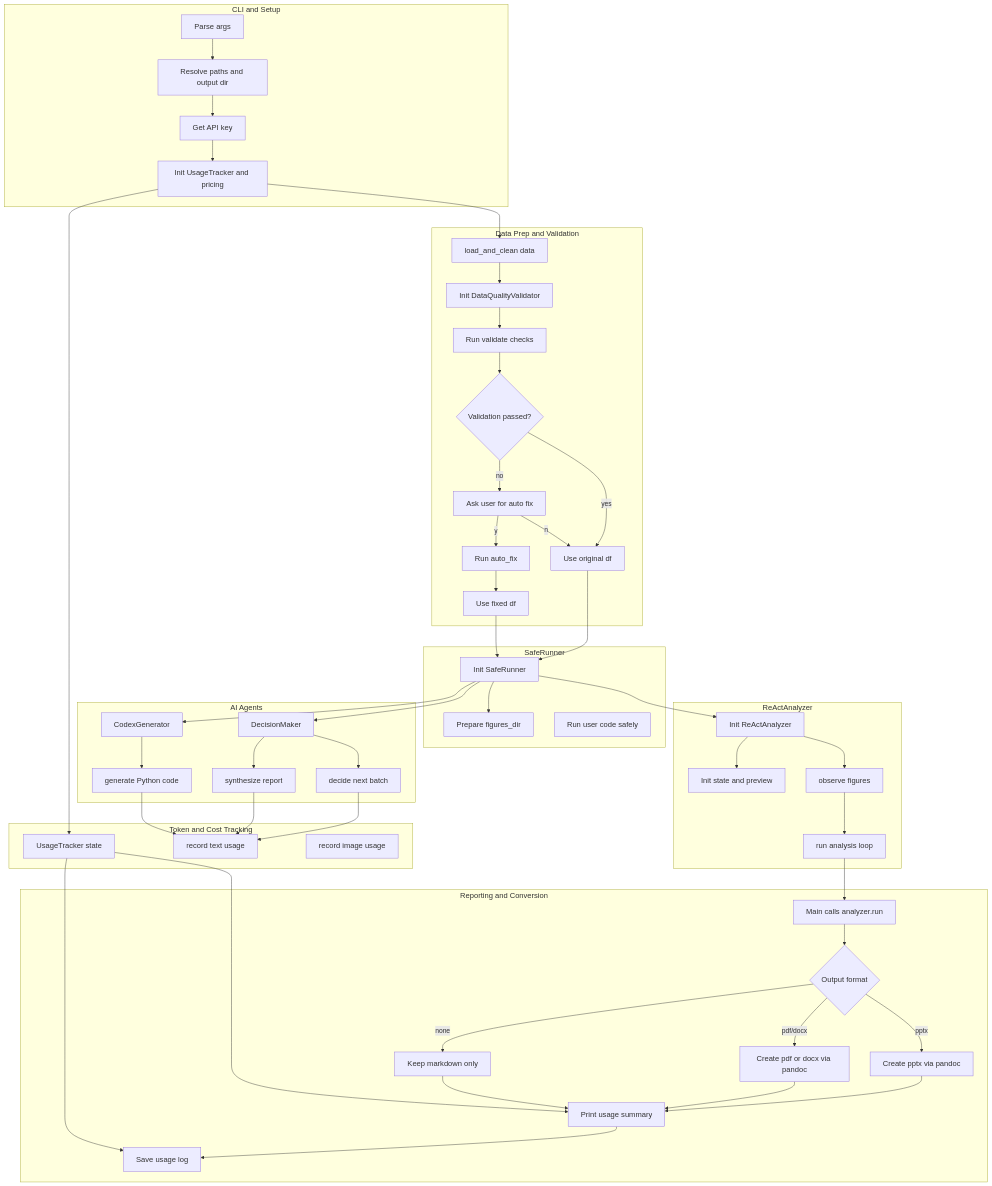
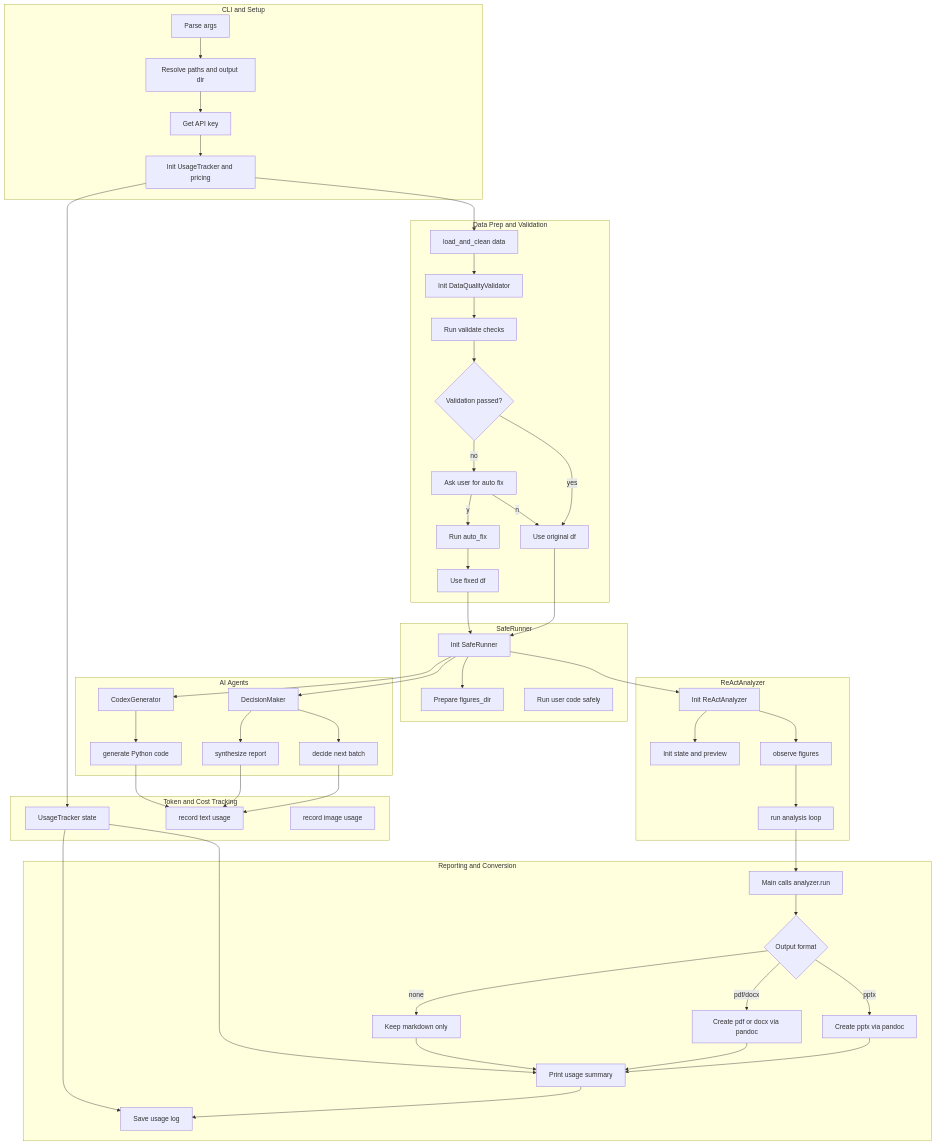
The first of 2 diagrams in README.md (arubio2/CleanCode), drawn with Mermaid before and after one commit. The commit also changed other lines of this file, not shown here.

````diff
--- a/README.md
+++ b/README.md
@@ -61,8 +125,5 @@
 ```mermaid
 flowchart TD
-  %% Make the whole diagram about 50% larger
-  classDef bigText font-size:18px;
-
   subgraph CLI["CLI and Setup"]
     A1[Parse args]
     A2[Resolve paths and output dir]
@@ -152,7 +213,4 @@
   E2 --> H2
   H1 --> G6
   H1 --> G7
-
-  %% Apply the larger font to everything
-  class CLI,DATA,SAFE,AGENTS,REACT,OUTPUT,TRACK,A1,A2,A3,A4,B1,B2,B3,B4,B5,B6,B7,B8,C1,C2,C3,D1,D2,D3,E1,E2,F1,F2,F3,F4,G1,G2,G3,G4,G5,G6,G7,H1,H2,H3 bigText;
 ```
````
